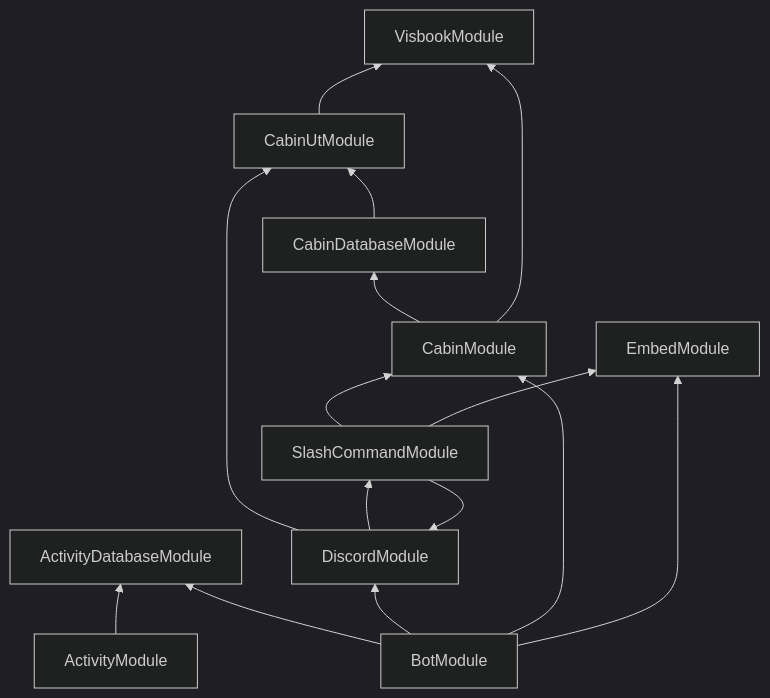
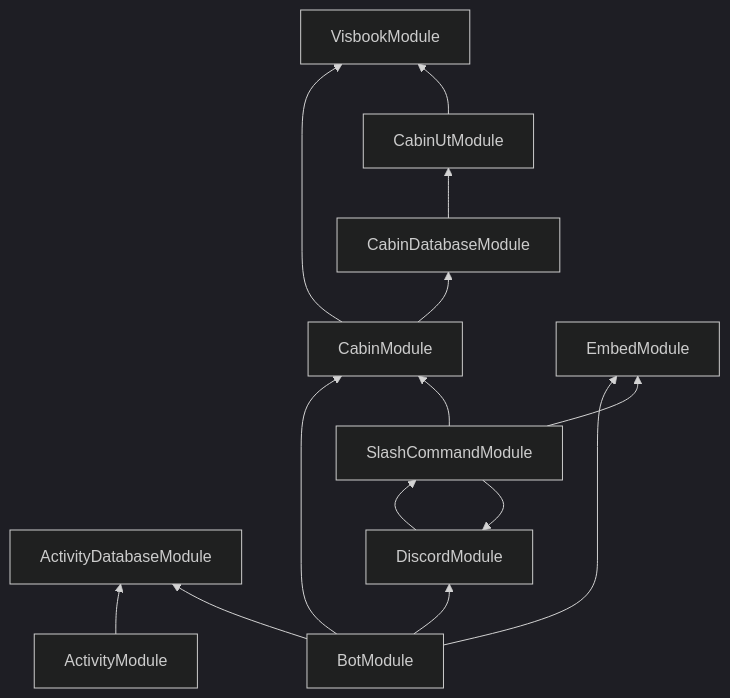
One commit to gingermusketeer/dnt-discord-bot changed the diagram in docs/dev-guide/modules.md. Above: the diagram before and after it, drawn with Mermaid (dark theme). The commit also changed 1 other file, not shown here.

Commit message:
Remove obsolete module import

````diff
--- a/docs/dev-guide/modules.md
+++ b/docs/dev-guide/modules.md
@@ -5,19 +5,18 @@
 ```mermaid
 flowchart BT
 
 ActivityModule --> ActivityDatabaseModule
 BotModule --> ActivityDatabaseModule
 BotModule --> DiscordModule
 BotModule --> CabinModule
 BotModule --> EmbedModule
 CabinModule --> CabinDatabaseModule
 CabinModule --> VisbookModule
 CabinDatabaseModule --> CabinUtModule
 CabinUtModule --> VisbookModule
-DiscordModule --> CabinUtModule
 DiscordModule --> SlashCommandModule
 EmbedModule
 SlashCommandModule --> CabinModule
 SlashCommandModule --> DiscordModule
 SlashCommandModule --> EmbedModule
 ```
````
